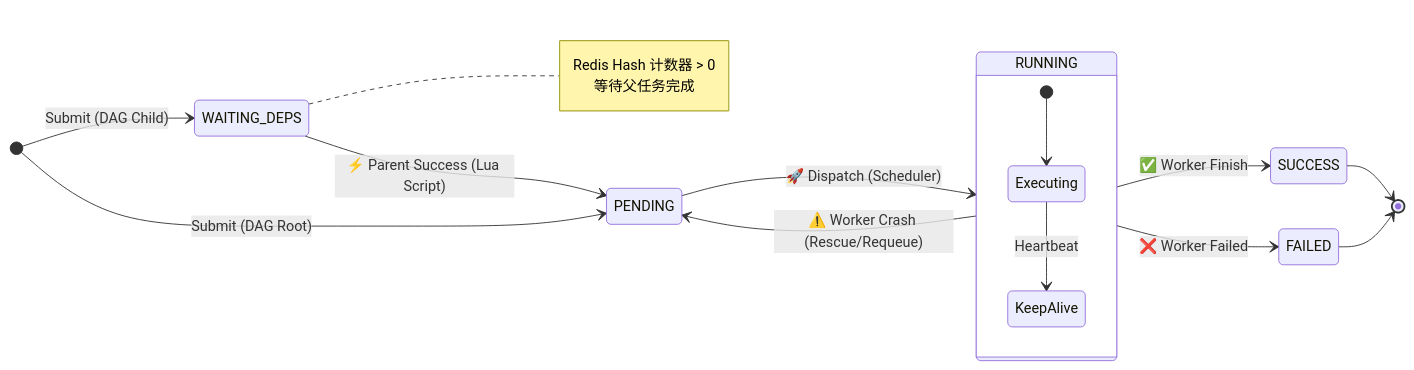
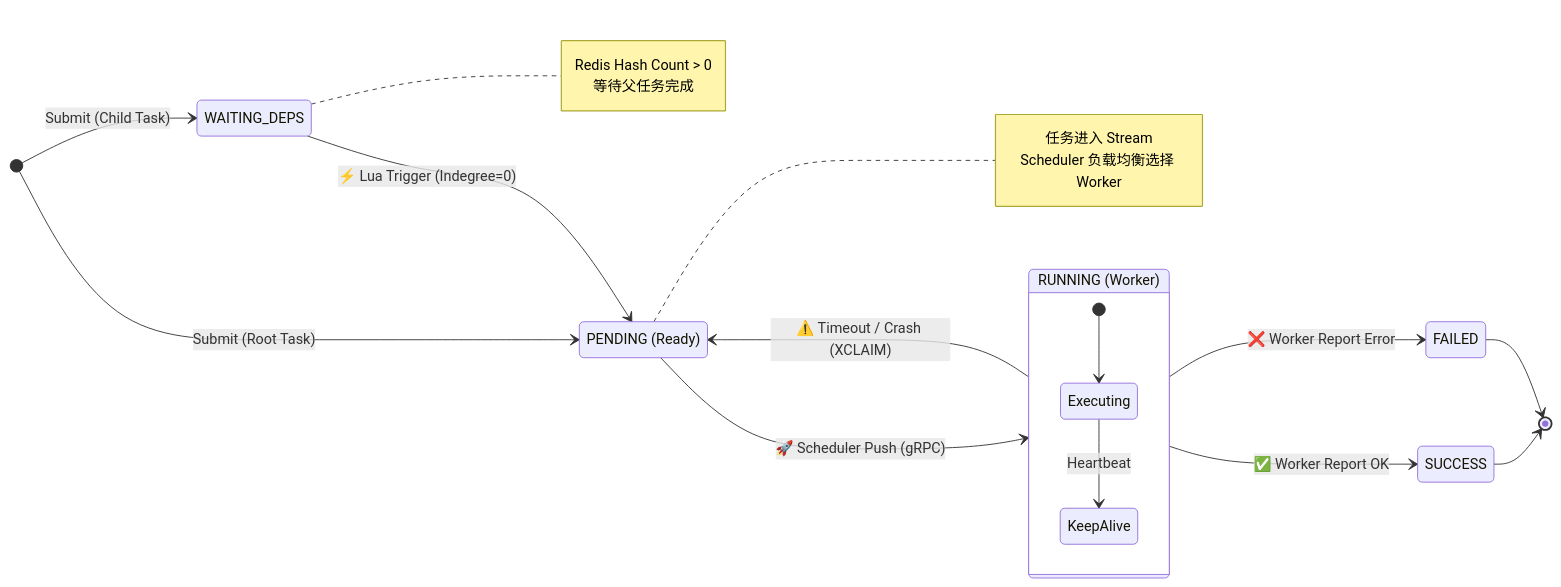
One commit to Fillped-726/distributed-task-system changed the third of 3 diagrams in README.md. Above: the diagram before and after it, drawn with Mermaid. The commit also changed other lines of this file and 96 other files, not shown here.

````diff
--- a/README.md
+++ b/README.md
@@ -68,29 +113,45 @@
 ```mermaid
 stateDiagram-v2
     direction LR
-    
-    [*] --> WAITING_DEPS: Submit (DAG Child)
-    [*] --> PENDING: Submit (DAG Root)
-    
-    note right of WAITING_DEPS
-        Redis Hash 计数器 > 0
+
+    %% 状态定义
+    state "WAITING_DEPS" as WAITING
+    state "PENDING (Ready)" as PENDING
+    state "RUNNING (Worker)" as RUNNING
+    state "SUCCESS" as SUCCESS
+    state "FAILED" as FAILED
+
+    %% 初始提交
+    [*] --> WAITING: Submit (Child Task)
+    [*] --> PENDING: Submit (Root Task)
+
+    %% 依赖等待阶段
+    WAITING --> PENDING: ⚡ Lua Trigger (Indegree=0)
+    note right of WAITING
+        Redis Hash Count > 0
         等待父任务完成
     end note
 
-    WAITING_DEPS --> PENDING: ⚡ Parent Success (Lua Script)
-    
-    PENDING --> RUNNING: 🚀 Dispatch (Scheduler)
-    
+    %% 调度阶段 (重点：Push)
+    PENDING --> RUNNING: 🚀 Scheduler Push (gRPC)
+    note right of PENDING
+        任务进入 Stream
+        Scheduler 负载均衡选择 Worker
+    end note
+
+    %% 执行阶段
     state RUNNING {
         [*] --> Executing
         Executing --> KeepAlive: Heartbeat
     }
 
-    RUNNING --> SUCCESS: ✅ Worker Finish
-    RUNNING --> FAILED: ❌ Worker Failed
-    
-    RUNNING --> PENDING: ⚠️ Worker Crash (Rescue/Requeue)
-    
+    %% 终态
+    RUNNING --> SUCCESS: ✅ Worker Report OK
+    RUNNING --> FAILED: ❌ Worker Report Error
+
+    %% 故障自愈 (Rescue)
+    RUNNING --> PENDING: ⚠️ Timeout / Crash (XCLAIM)
+
     SUCCESS --> [*]
     FAILED --> [*]
 ```
````
